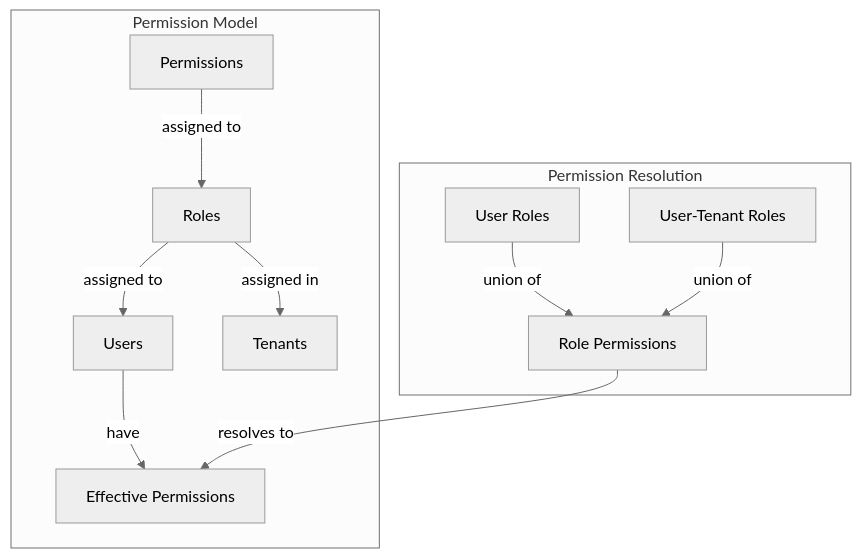
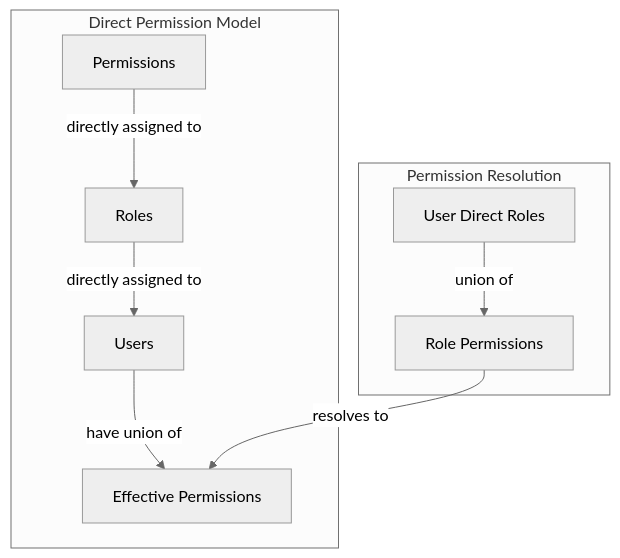
The diagram in src/docs/rbac/permission-resolution/PERMISSION_MODEL.md (tesfayekb/core-base), drawn with Mermaid (neutral theme) before and after one commit. The commit also changed other lines of this file and 8 other files, not shown here.

First line of the commit message:
Fix: Align RBAC implementation with direct model

````diff
--- a/src/docs/rbac/permission-resolution/PERMISSION_MODEL.md
+++ b/src/docs/rbac/permission-resolution/PERMISSION_MODEL.md
@@ -29,15 +31,13 @@
 ```mermaid
 graph TD
-    subgraph "Permission Model"
-        Permissions[Permissions] -->|assigned to| Roles[Roles]
-        Roles -->|assigned to| Users[Users]
-        Roles -->|assigned in| Tenants[Tenants]
-        Users -->|have| EffectivePermissions[Effective Permissions]
+    subgraph "Direct Permission Model"
+        Permissions[Permissions] -->|directly assigned to| Roles[Roles]
+        Roles -->|directly assigned to| Users[Users]
+        Users -->|have union of| EffectivePermissions[Effective Permissions]
     end
     
     subgraph "Permission Resolution"
-        UserRoles[User Roles] -->|union of| RolePermissions[Role Permissions]
-        UserTenantRoles[User-Tenant Roles] -->|union of| RolePermissions
+        UserRoles[User Direct Roles] -->|union of| RolePermissions[Role Permissions]
         RolePermissions -->|resolves to| EffectivePermissions
     end
 ```
````
